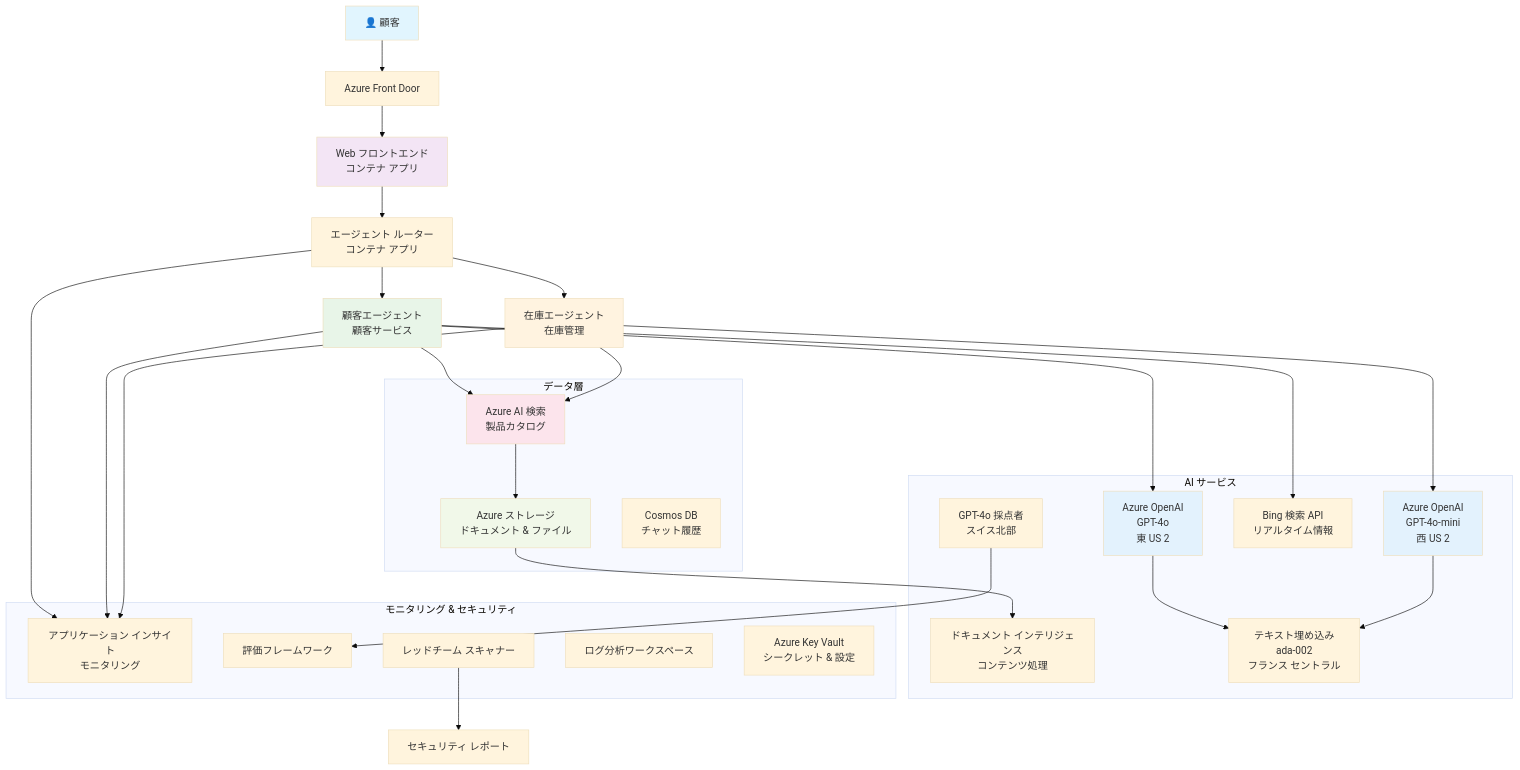
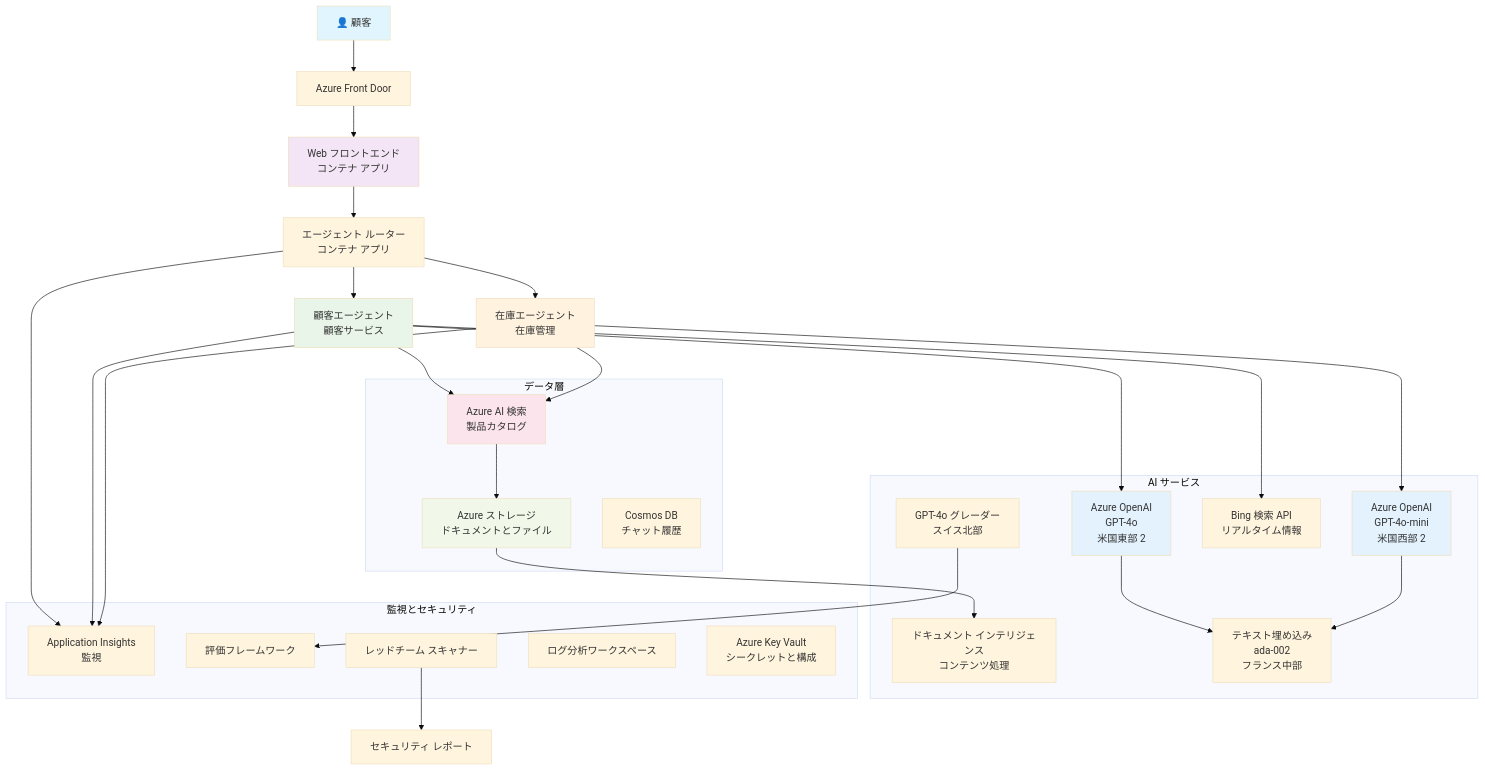
One commit to microsoft/AZD-for-beginners changed the diagram in translations/ja/examples/retail-scenario.md. Above: the diagram before and after it, drawn with Mermaid (base theme). The commit also changed other lines of this file and 242 other files, not shown here.

````diff
--- a/translations/ja/examples/retail-scenario.md
+++ b/translations/ja/examples/retail-scenario.md
@@ -148,61 +139,61 @@
 ```mermaid
 graph TB
     User[👤 顧客] --> LB[Azure Front Door]
     LB --> WebApp[Web フロントエンド<br/>コンテナ アプリ]
     
     WebApp --> Router[エージェント ルーター<br/>コンテナ アプリ]
     Router --> CustomerAgent[顧客エージェント<br/>顧客サービス]
     Router --> InvAgent[在庫エージェント<br/>在庫管理]
     
-    CustomerAgent --> OpenAI1[Azure OpenAI<br/>GPT-4o<br/>東 US 2]
-    InvAgent --> OpenAI2[Azure OpenAI<br/>GPT-4o-mini<br/>西 US 2]
+    CustomerAgent --> OpenAI1[Azure OpenAI<br/>GPT-4o<br/>米国東部 2]
+    InvAgent --> OpenAI2[Azure OpenAI<br/>GPT-4o-mini<br/>米国西部 2]
     
     CustomerAgent --> AISearch[Azure AI 検索<br/>製品カタログ]
     CustomerAgent --> BingSearch[Bing 検索 API<br/>リアルタイム情報]
     InvAgent --> AISearch
     
-    AISearch --> Storage[Azure ストレージ<br/>ドキュメント & ファイル]
+    AISearch --> Storage[Azure ストレージ<br/>ドキュメントとファイル]
     Storage --> DocIntel[ドキュメント インテリジェンス<br/>コンテンツ処理]
     
-    OpenAI1 --> Embeddings[テキスト埋め込み<br/>ada-002<br/>フランス セントラル]
+    OpenAI1 --> Embeddings[テキスト埋め込み<br/>ada-002<br/>フランス中部]
     OpenAI2 --> Embeddings
     
-    Router --> AppInsights[アプリケーション インサイト<br/>モニタリング]
+    Router --> AppInsights[Application Insights<br/>監視]
     CustomerAgent --> AppInsights
     InvAgent --> AppInsights
     
-    GraderModel[GPT-4o 採点者<br/>スイス北部] --> Evaluation[評価フレームワーク]
+    GraderModel[GPT-4o グレーダー<br/>スイス北部] --> Evaluation[評価フレームワーク]
     RedTeam[レッドチーム スキャナー] --> SecurityReports[セキュリティ レポート]
     
     subgraph "データ層"
         Storage
         AISearch
         CosmosDB[Cosmos DB<br/>チャット履歴]
     end
     
     subgraph "AI サービス"
         OpenAI1
         OpenAI2
         Embeddings
         GraderModel
         DocIntel
         BingSearch
     end
     
-    subgraph "モニタリング & セキュリティ"
+    subgraph "監視とセキュリティ"
         AppInsights
         LogAnalytics[ログ分析ワークスペース]
-        KeyVault[Azure Key Vault<br/>シークレット & 設定]
+        KeyVault[Azure Key Vault<br/>シークレットと構成]
         RedTeam
         Evaluation
     end
     
     style User fill:#e1f5fe
     style WebApp fill:#f3e5f5
     style CustomerAgent fill:#e8f5e8
     style InvAgent fill:#fff3e0
     style OpenAI1 fill:#e3f2fd
     style OpenAI2 fill:#e3f2fd
     style AISearch fill:#fce4ec
     style Storage fill:#f1f8e9
 ```
````
